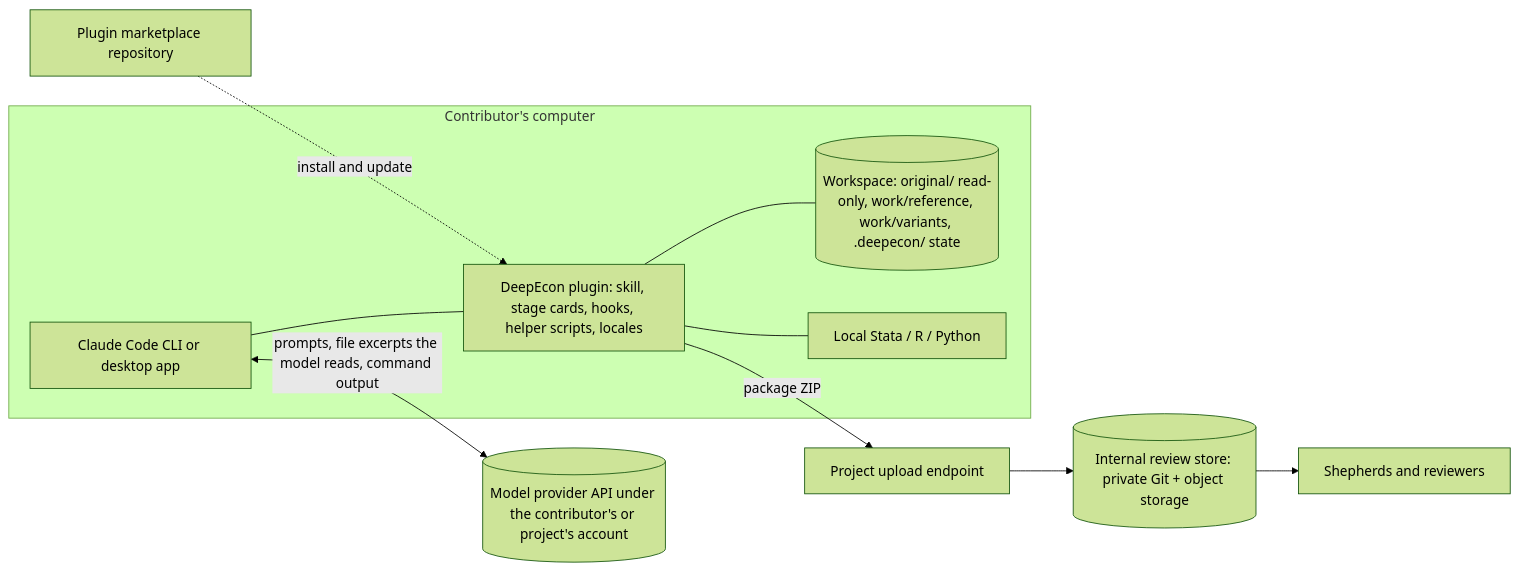
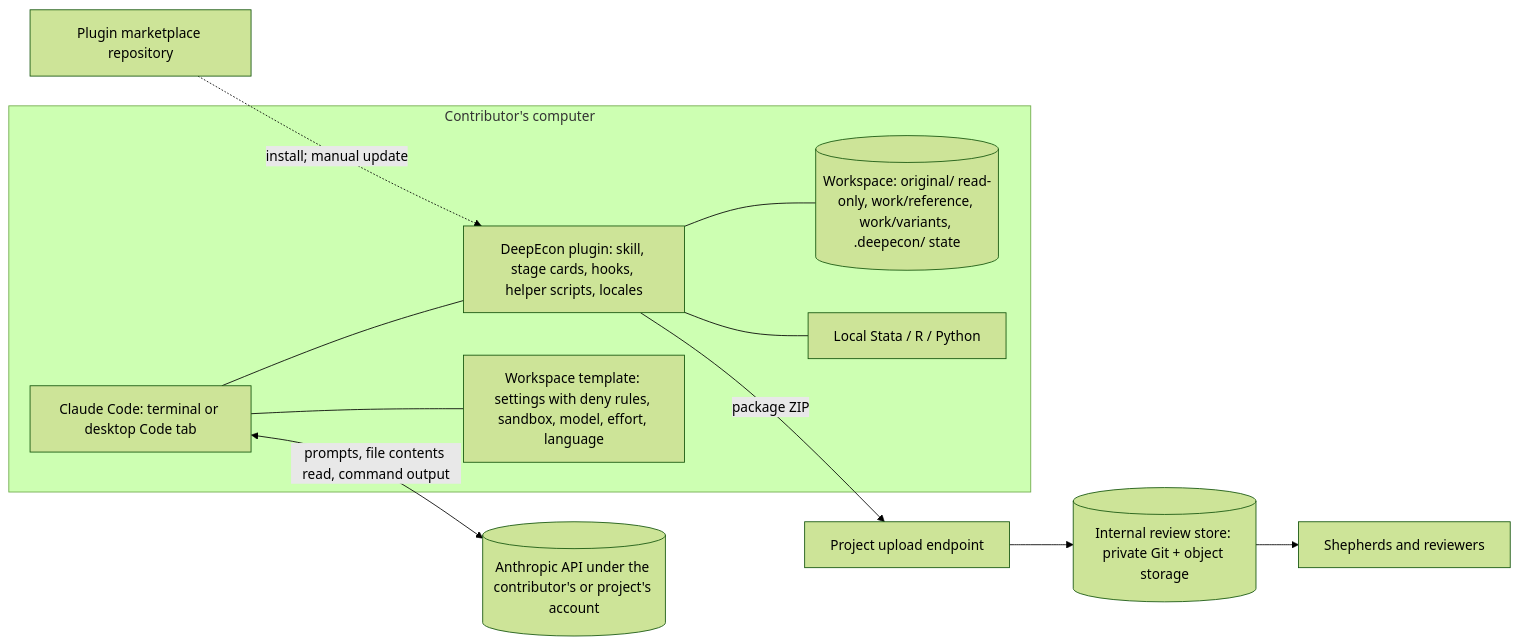
Before and after one commit to Sellyew/Deepecon-Contributtor-Guide-UI: the diagram in docs/architecture/option-b-local-skill.md, drawn with Mermaid (forest theme). The commit also changed other lines of this file and 26 other files, not shown here.

First line of the commit message:
Integrate verified research into methodology, architectures, and brief

````diff
--- a/docs/architecture/option-b-local-skill.md
+++ b/docs/architecture/option-b-local-skill.md
@@ -51,17 +53,19 @@
 ```mermaid
 flowchart LR
   subgraph C[Contributor's computer]
-    CC[Claude Code CLI or desktop app]
+    CC[Claude Code: terminal or desktop Code tab]
     PL[DeepEcon plugin: skill, stage cards, hooks, helper scripts, locales]
+    TP[Workspace template: settings with deny rules, sandbox, model, effort, language]
     WS[(Workspace: original/ read-only, work/reference, work/variants, .deepecon/ state)]
     SW[Local Stata / R / Python]
     CC --- PL
+    CC --- TP
     PL --- WS
     PL --- SW
   end
-  CC <-- prompts, file excerpts the model reads, command output --> MP[(Model provider API under the contributor's or project's account)]
+  CC <-- prompts, file contents read, command output --> MP[(Anthropic API under the contributor's or project's account)]
   PL -- package ZIP --> UP[Project upload endpoint]
   UP --> IR[(Internal review store: private Git + object storage)]
   IR --> SH[Shepherds and reviewers]
-  GH[Plugin marketplace repository] -. install and update .-> PL
+  GH[Plugin marketplace repository] -. install; manual update .-> PL
 ```
````
